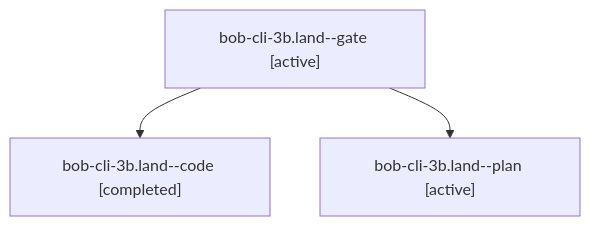
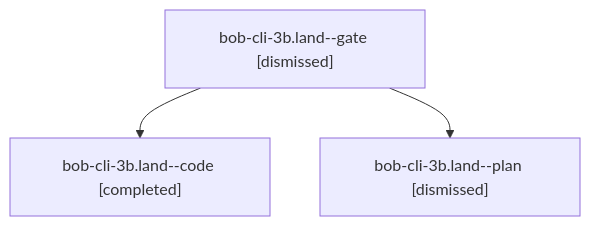
One commit to bobs-org/bob-cli--agents changed the diagram in sessions/bbugyi200.athena.bob-cli-3b.land.md. Above: the diagram before and after it, drawn with Mermaid. The commit also changed other lines of this file and 43 other files, not shown here.

````diff
--- a/sessions/bbugyi200.athena.bob-cli-3b.land.md
+++ b/sessions/bbugyi200.athena.bob-cli-3b.land.md
@@ -9,8 +9,8 @@
 ```mermaid
 flowchart TD
-  n0["bob-cli-3b.land--gate [active]"]
+  n0["bob-cli-3b.land--gate [dismissed]"]
   n1["bob-cli-3b.land--code [completed]"]
   n0 --> n1
-  n2["bob-cli-3b.land--plan [active]"]
+  n2["bob-cli-3b.land--plan [dismissed]"]
   n0 --> n2
 ```
````
